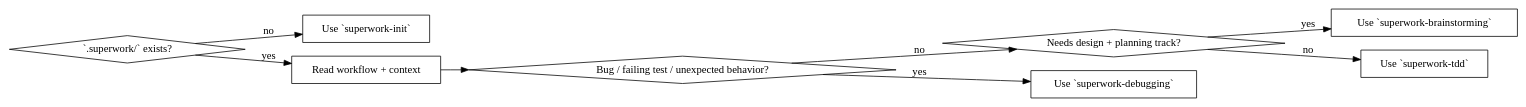
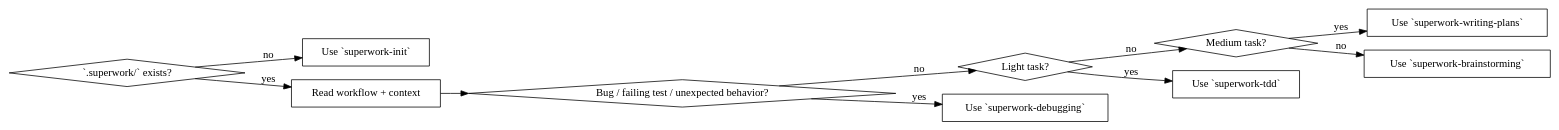
One commit to BryanHoo/superwork changed the diagram in skills/superwork-start/SKILL.md. Above: the diagram before and after it, drawn with Graphviz. The commit also changed other lines of this file and 13 other files, not shown here.

````diff
--- a/skills/superwork-start/SKILL.md
+++ b/skills/superwork-start/SKILL.md
@@ -28,21 +28,25 @@
 ```dot
 digraph superwork_start {
     rankdir=LR;
     "`.superwork/` exists?" [shape=diamond];
     "Use `superwork-init`" [shape=box];
     "Read workflow + context" [shape=box];
     "Bug / failing test / unexpected behavior?" [shape=diamond];
-    "Needs design + planning track?" [shape=diamond];
+    "Light task?" [shape=diamond];
+    "Medium task?" [shape=diamond];
     "Use `superwork-debugging`" [shape=box];
+    "Use `superwork-tdd`" [shape=box];
+    "Use `superwork-writing-plans`" [shape=box];
     "Use `superwork-brainstorming`" [shape=box];
-    "Use `superwork-tdd`" [shape=box];
 
     "`.superwork/` exists?" -> "Use `superwork-init`" [label="no"];
     "`.superwork/` exists?" -> "Read workflow + context" [label="yes"];
     "Read workflow + context" -> "Bug / failing test / unexpected behavior?";
     "Bug / failing test / unexpected behavior?" -> "Use `superwork-debugging`" [label="yes"];
-    "Bug / failing test / unexpected behavior?" -> "Needs design + planning track?" [label="no"];
-    "Needs design + planning track?" -> "Use `superwork-brainstorming`" [label="yes"];
-    "Needs design + planning track?" -> "Use `superwork-tdd`" [label="no"];
+    "Bug / failing test / unexpected behavior?" -> "Light task?" [label="no"];
+    "Light task?" -> "Use `superwork-tdd`" [label="yes"];
+    "Light task?" -> "Medium task?" [label="no"];
+    "Medium task?" -> "Use `superwork-writing-plans`" [label="yes"];
+    "Medium task?" -> "Use `superwork-brainstorming`" [label="no"];
 }
 ```
````
